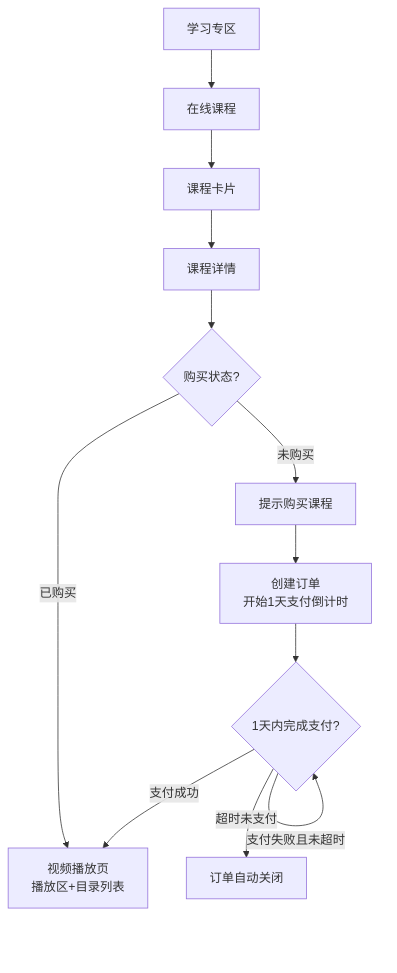
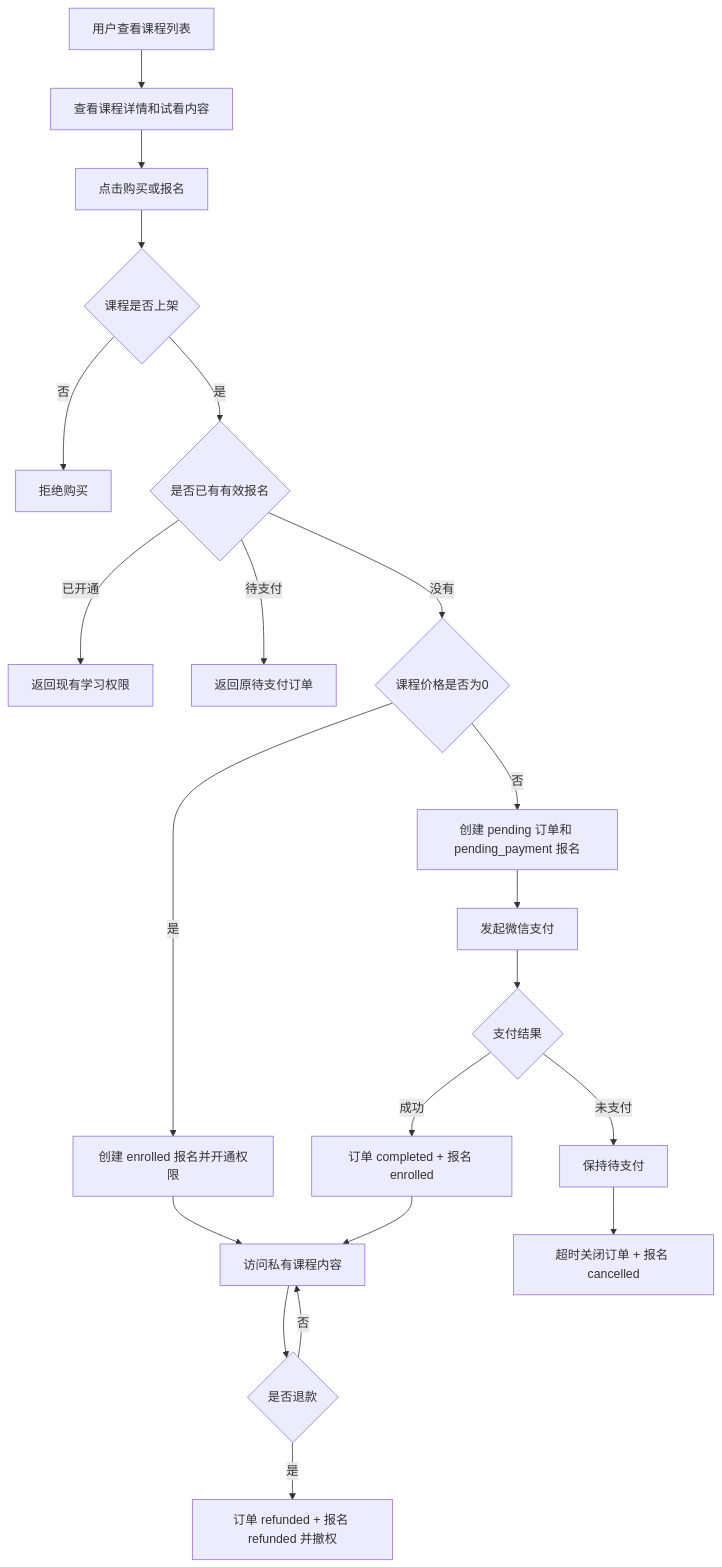
One commit to BishengTeam/Backend changed the first of 2 diagrams in docs/在线课程业务流程.md. Above: the diagram before and after it, drawn with Mermaid. The commit also changed other lines of this file and 64 other files, not shown here.

````diff
--- a/docs/在线课程业务流程.md
+++ b/docs/在线课程业务流程.md
@@ -3,14 +14,23 @@
 ```mermaid
 flowchart TD
-    A[学习专区] --> B[在线课程]
-    B --> C[课程卡片]
-    C --> D[课程详情]
-    D --> E{购买状态?}
-    E -->|已购买| F[视频播放页<br/>播放区+目录列表]
-    E -->|未购买| G[提示购买课程]
-    G --> H[创建订单<br/>开始1天支付倒计时]
-    H --> I{1天内完成支付?}
-    I -->|支付成功| F
-    I -->|支付失败且未超时| I
-    I -->|超时未支付| J[订单自动关闭]
+    A[用户查看课程列表] --> B[查看课程详情和试看内容]
+    B --> C[点击购买或报名]
+    C --> D{课程是否上架}
+    D -->|否| E[拒绝购买]
+    D -->|是| F{是否已有有效报名}
+    F -->|已开通| G[返回现有学习权限]
+    F -->|待支付| H[返回原待支付订单]
+    F -->|没有| I{课程价格是否为0}
+    I -->|是| J[创建 enrolled 报名并开通权限]
+    I -->|否| K[创建 pending 订单和 pending_payment 报名]
+    K --> L[发起微信支付]
+    L --> M{支付结果}
+    M -->|成功| N[订单 completed + 报名 enrolled]
+    M -->|未支付| O[保持待支付]
+    O --> P[超时关闭订单 + 报名 cancelled]
+    J --> Q[访问私有课程内容]
+    N --> Q
+    Q --> R{是否退款}
+    R -->|否| Q
+    R -->|是| S[订单 refunded + 报名 refunded 并撤权]
 ```
````
